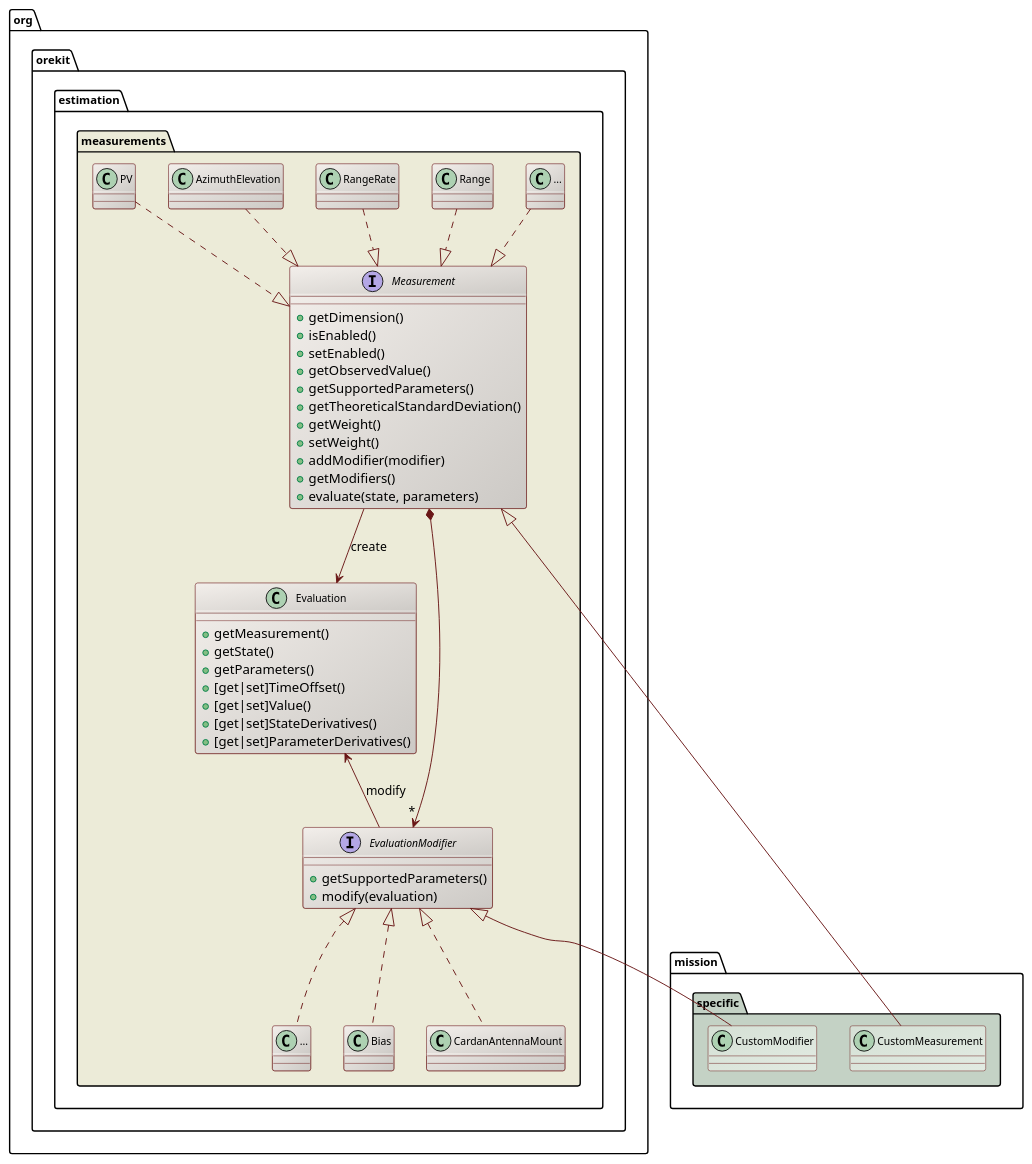
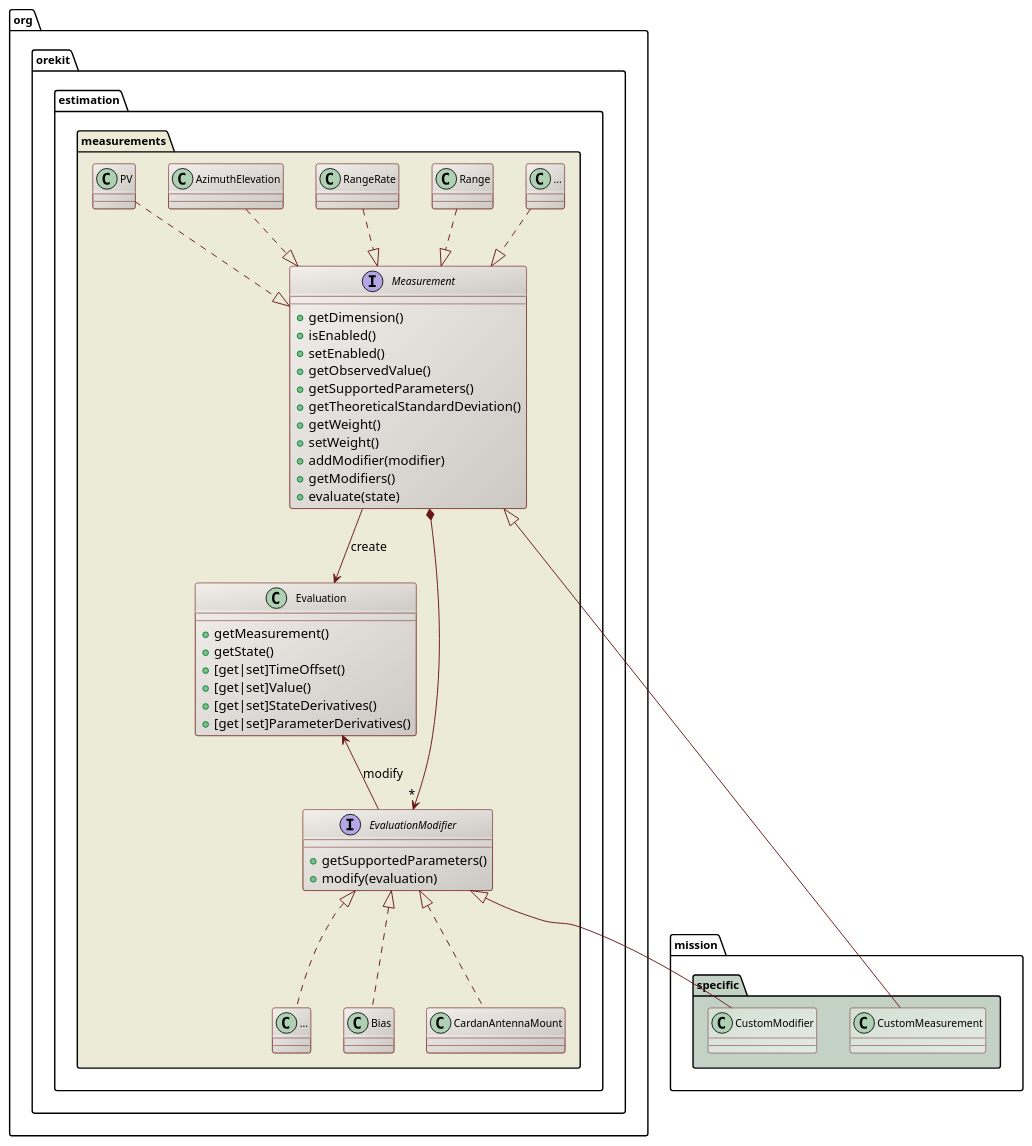
The diagram in src/design/orbit-determination-measurements-class-diagram.puml (CS-SI/Orekit), drawn with PlantUML before and after one commit. The commit also changed 10 other files, not shown here.

```diff
--- a/src/design/orbit-determination-measurements-class-diagram.puml
+++ b/src/design/orbit-determination-measurements-class-diagram.puml
@@ -17,68 +17,67 @@
 @startuml
 
   skinparam svek                  true
   skinparam ClassBackgroundColor  #F3EFEB/CCC9C5
   skinparam ClassArrowColor       #691616
   skinparam ClassBorderColor      #691616
   skinparam NoteBackgroundColor   #F3EFEB
   skinparam NoteBorderColor       #691616
   skinparam NoteFontColor         #691616
   skinparam ClassFontSize         11
   skinparam PackageFontSize       12
 
   package org.orekit.estimation.measurements #ECEBD8 {
 
     interface Measurement {
       +getDimension()
       +isEnabled()
       +setEnabled()
       +getObservedValue()
       +getSupportedParameters()
       +getTheoreticalStandardDeviation()
       +getWeight()
       +setWeight()
       +addModifier(modifier)
       +getModifiers()
-      +evaluate(state, parameters)
+      +evaluate(state)
     }
     
     class Evaluation {
       +getMeasurement()
       +getState()
-      +getParameters()
       +[get|set]TimeOffset()
       +[get|set]Value()
       +[get|set]StateDerivatives()
       +[get|set]ParameterDerivatives()
     }
     
     interface EvaluationModifier {
       +getSupportedParameters()
       +modify(evaluation)
     }
     
     class "..." as OtherModifier
     
     Measurement *--> "*" EvaluationModifier
     Measurement --> Evaluation : create
     Evaluation <-- EvaluationModifier : modify
     class "..." as OtherMeasurement
     OtherMeasurement   ..|> Measurement
     Range              ..|> Measurement
     RangeRate          ..|> Measurement
     AzimuthElevation   ..|> Measurement
     PV                 ..|> Measurement
     EvaluationModifier <|.. Bias
     EvaluationModifier <|.. CardanAntennaMount
     EvaluationModifier <|.. OtherModifier
 
   }
 
   package mission.specific #C4D2C5 {
     class CustomModifier #D5E0D5/E2EBE2
     class CustomMeasurement #D5E0D5/E2EBE2
     Measurement <|-- CustomMeasurement
     EvaluationModifier <|-- CustomModifier
   }
 
 @enduml
```
